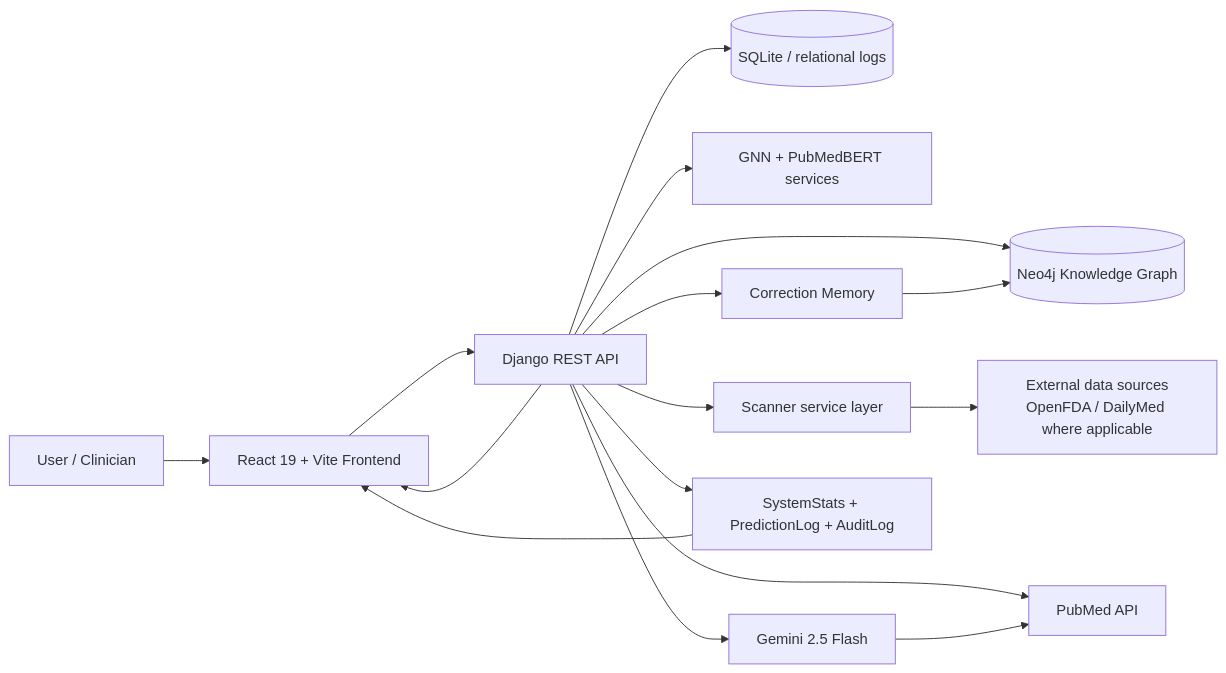
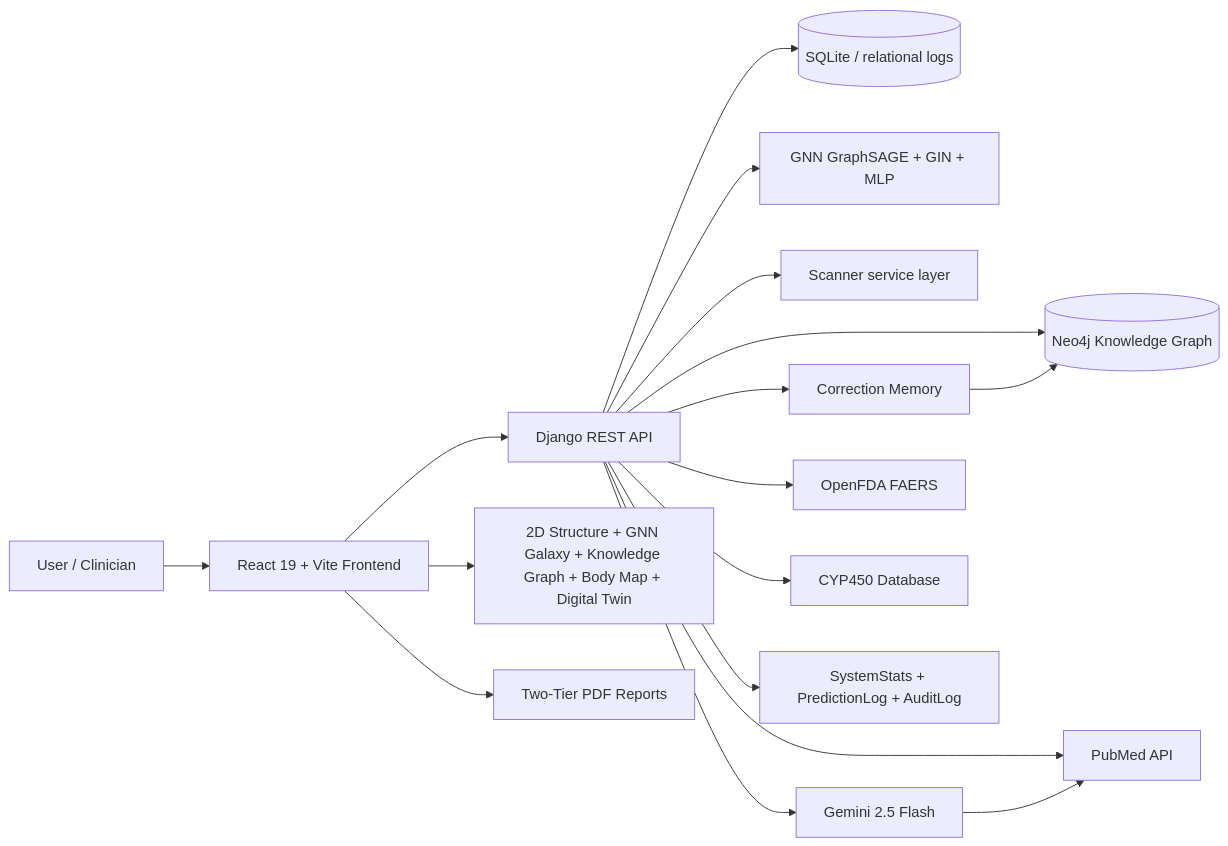
One commit to ahrazkk/ProjectAegis-Clinical-MLOps-Platform changed the first of 4 diagrams in README.md. Above: the diagram before and after it, drawn with Mermaid. The commit also changed other lines of this file and 1 other file, not shown here.

````diff
--- a/README.md
+++ b/README.md
@@ -134,22 +264,23 @@
 ```mermaid
 flowchart LR
   U[User / Clinician] --> FE[React 19 + Vite Frontend]
   FE --> API[Django REST API]
 
   API --> KG[(Neo4j Knowledge Graph)]
   API --> DB[(SQLite / relational logs)]
-  API --> AI[GNN + PubMedBERT services]
+  API --> AI[GNN GraphSAGE + GIN + MLP]
   API --> SCAN[Scanner service layer]
   API --> LLM[Gemini 2.5 Flash]
   API --> PM[PubMed API]
   API --> CM[Correction Memory]
+  API --> FAERS[OpenFDA FAERS]
+  API --> CYP[CYP450 Database]
 
   LLM --> PM
   CM --> KG
 
-  SCAN --> EXT[External data sources\nOpenFDA / DailyMed where applicable]
+  FE --> VIZ[2D Structure + GNN Galaxy + Knowledge Graph + Body Map + Digital Twin]
+  FE --> PDF[Two-Tier PDF Reports]
+
   API --> OBS[SystemStats + PredictionLog + AuditLog]
-
-  OBS --> FE
-  API --> FE
 ```
````
